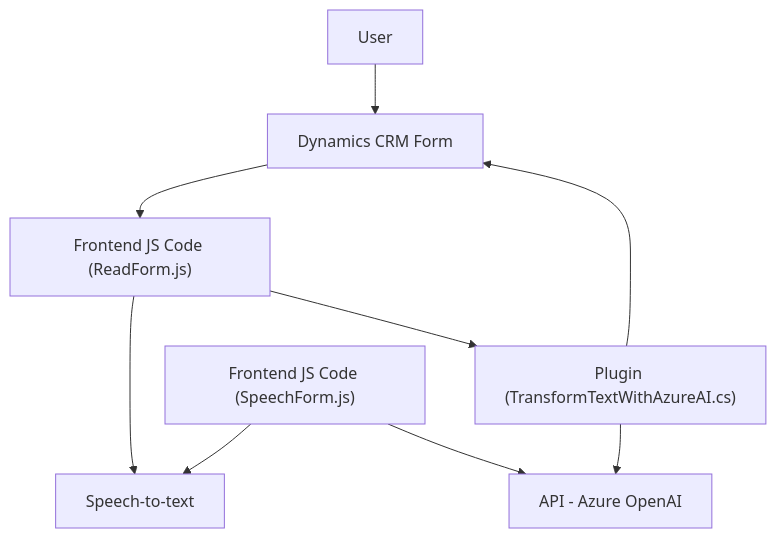
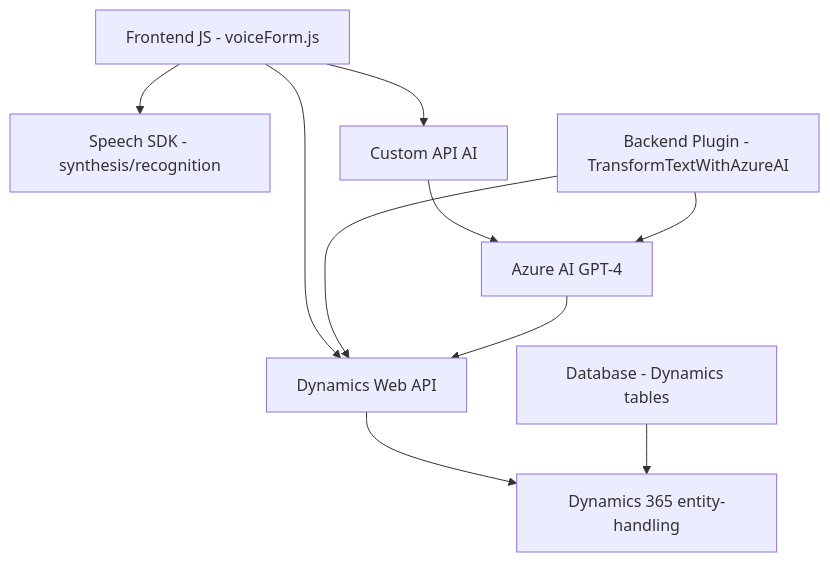
The diagram in README.md (blopezdm/NETCORE_BILBAO2025), drawn with Mermaid before and after one commit. The commit also changed other lines of this file, not shown here.

````diff
--- a/README.md
+++ b/README.md
@@ -45,19 +47,12 @@
 ```mermaid
 graph TD
-    A["User"]
-    B["Dynamics CRM Form"]
-    C["Azure Speech SDK"]
-    D["Azure OpenAI"]
-    E["Frontend JS Code (ReadForm.js)"]
-    F["Frontend JS Code (SpeechForm.js)"]
-    G["Plugin (TransformTextWithAzureAI.cs)"]
-
-    A --> B
-    B --> E
-    E --> C["Speech-to-text"]
-    E --> G
-    F --> C["Speech-to-text"]
-    F --> D["API - Azure OpenAI"]
-    G --> D
-    G --> B
+    A["Frontend JS - voiceForm.js"] --> B["Speech SDK - synthesis/recognition"]
+    A --> C["Dynamics Web API"]
+    A --> D["Custom API AI"]
+    C --> F["Dynamics 365 entity-handling"]
+    D --> E["Azure AI GPT-4"]
+    G["Backend Plugin - TransformTextWithAzureAI"] --> E
+    G --> C
+    E --> C
+    H["Database - Dynamics tables"] --> F
 ```
````
